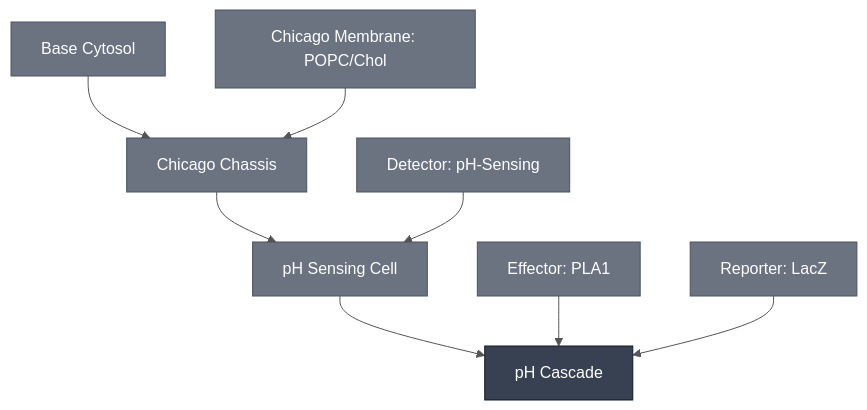
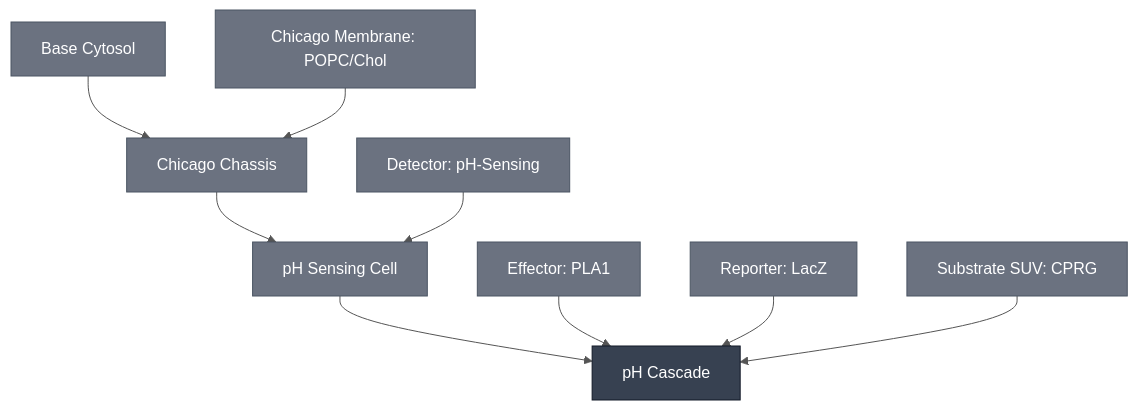
One commit to nucleus-eng/nucleus-docs changed the second of 2 diagrams in docs/modules/ph-cascade/spec.md. Above: the diagram before and after it, drawn with Mermaid. The commit also changed other lines of this file and 7 other files, not shown here.

````diff
--- a/docs/modules/ph-cascade/spec.md
+++ b/docs/modules/ph-cascade/spec.md
@@ -56,34 +56,37 @@
 ```mermaid
 %%{init: {'theme': 'base', 'themeVariables': {'lineColor': '#555555', 'edgeLabelBackground': '#ffffff'}}}%%
 flowchart TD
     BASE_CYTOSOL["Base Cytosol"]
     CHICAGO_CHASSIS["Chicago Chassis"]
     DETECTOR_PH["Detector: pH-Sensing"]
     EFFECTOR_PLA1["Effector: PLA1"]
     MEMBRANE_POPC_CHOL_CHICAGO["Chicago Membrane: POPC/Chol"]
     PH_CASCADE["pH Cascade"]
     PH_SENSING_CELL["pH Sensing Cell"]
     REPORTER_LACZ["Reporter: LacZ"]
+    SUBSTRATE_CPRG_SUV["Substrate SUV: CPRG"]
 
     BASE_CYTOSOL --> CHICAGO_CHASSIS
     MEMBRANE_POPC_CHOL_CHICAGO --> CHICAGO_CHASSIS
     PH_SENSING_CELL --> PH_CASCADE
     EFFECTOR_PLA1 --> PH_CASCADE
     REPORTER_LACZ --> PH_CASCADE
+    SUBSTRATE_CPRG_SUV --> PH_CASCADE
     CHICAGO_CHASSIS --> PH_SENSING_CELL
     DETECTOR_PH --> PH_SENSING_CELL
 
     classDef constituent fill:#6B7280,color:#ffffff,stroke:#4B5563;
     classDef this fill:#374151,color:#ffffff,stroke:#111827;
-    class BASE_CYTOSOL,CHICAGO_CHASSIS,DETECTOR_PH,EFFECTOR_PLA1,MEMBRANE_POPC_CHOL_CHICAGO,PH_SENSING_CELL,REPORTER_LACZ constituent;
+    class BASE_CYTOSOL,CHICAGO_CHASSIS,DETECTOR_PH,EFFECTOR_PLA1,MEMBRANE_POPC_CHOL_CHICAGO,PH_SENSING_CELL,REPORTER_LACZ,SUBSTRATE_CPRG_SUV constituent;
     class PH_CASCADE this;
 
     click BASE_CYTOSOL "/docs/modules/base-cytosol/spec"
     click CHICAGO_CHASSIS "/docs/modules/chicago-chassis/spec"
     click DETECTOR_PH "/docs/modules/detector-ph/spec"
     click EFFECTOR_PLA1 "/docs/modules/effector-pla1/spec"
     click MEMBRANE_POPC_CHOL_CHICAGO "/docs/modules/membrane-popc-chol-chicago/spec"
     click PH_CASCADE "/docs/modules/ph-cascade/spec"
     click PH_SENSING_CELL "/docs/modules/ph-sensing-cell/spec"
     click REPORTER_LACZ "/docs/modules/reporter-lacz/spec"
+    click SUBSTRATE_CPRG_SUV "/docs/modules/substrate-cprg-suv/spec"
 ```
````
